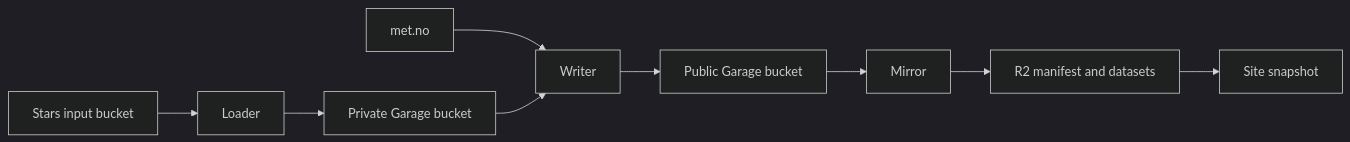
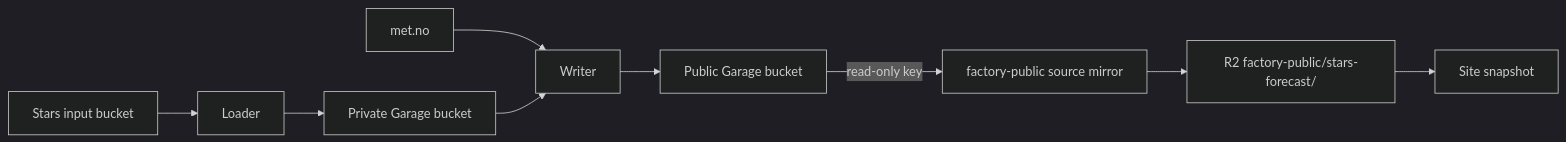
Before and after one commit to jomcgi-org/homelab: the diagram in projects/stars-forecast/ARCHITECTURE.md, drawn with Mermaid (dark theme). The commit also changed other lines of this file and 29 other files, not shown here.

````diff
--- a/projects/stars-forecast/ARCHITECTURE.md
+++ b/projects/stars-forecast/ARCHITECTURE.md
@@ -7,8 +7,8 @@
 ```mermaid
 flowchart LR
   R2[Stars input bucket] --> Loader --> State[Private Garage bucket]
   MET[met.no] --> Writer
   State --> Writer --> Sink[Public Garage bucket]
-  Sink --> Mirror --> Public[R2 manifest and datasets]
+  Sink -- read-only key --> Mirror[factory-public source mirror] --> Public[R2 factory-public/stars-forecast/]
   Public --> Snapshot[Site snapshot]
 ```
````
